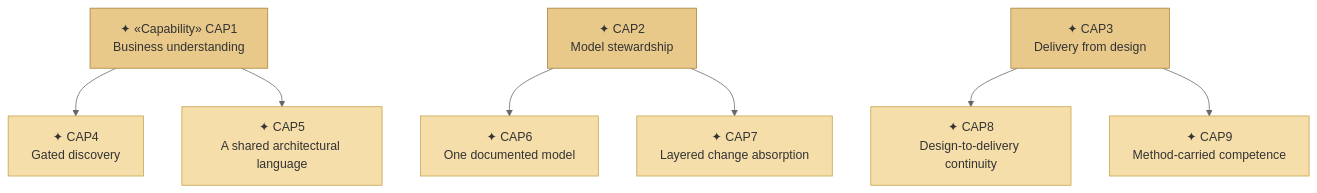
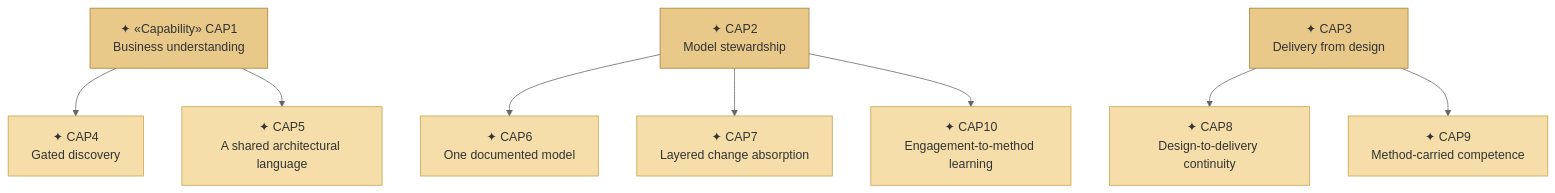
Before and after one commit to roanboc/architecture-archreator: the second of 6 diagrams in organization/docs/ea/1_strategy/2_capabilities-and-resources.md, drawn with Mermaid (neutral theme). The commit also changed other lines of this file and 18 other files, not shown here.

````diff
--- a/organization/docs/ea/1_strategy/2_capabilities-and-resources.md
+++ b/organization/docs/ea/1_strategy/2_capabilities-and-resources.md
@@ -66,23 +66,25 @@
 ```mermaid
 flowchart TB
   cap1["✦ «Capability» CAP1<br>Business understanding"]:::area
   cap2["✦ CAP2<br>Model stewardship"]:::area
   cap3["✦ CAP3<br>Delivery from design"]:::area
 
   cap4["✦ CAP4<br>Gated discovery"]:::capability
   cap5["✦ CAP5<br>A shared architectural language"]:::capability
   cap6["✦ CAP6<br>One documented model"]:::capability
   cap7["✦ CAP7<br>Layered change absorption"]:::capability
+  cap10["✦ CAP10<br>Engagement-to-method learning"]:::capability
   cap8["✦ CAP8<br>Design-to-delivery continuity"]:::capability
   cap9["✦ CAP9<br>Method-carried competence"]:::capability
 
   cap1 --> cap4
   cap1 --> cap5
   cap2 --> cap6
   cap2 --> cap7
+  cap2 --> cap10
   cap3 --> cap8
   cap3 --> cap9
 
   classDef area fill:#e8c98a,stroke:#a8813a,color:#333
   classDef capability fill:#f5deaa,stroke:#c8a24a,color:#333
 ```
````
